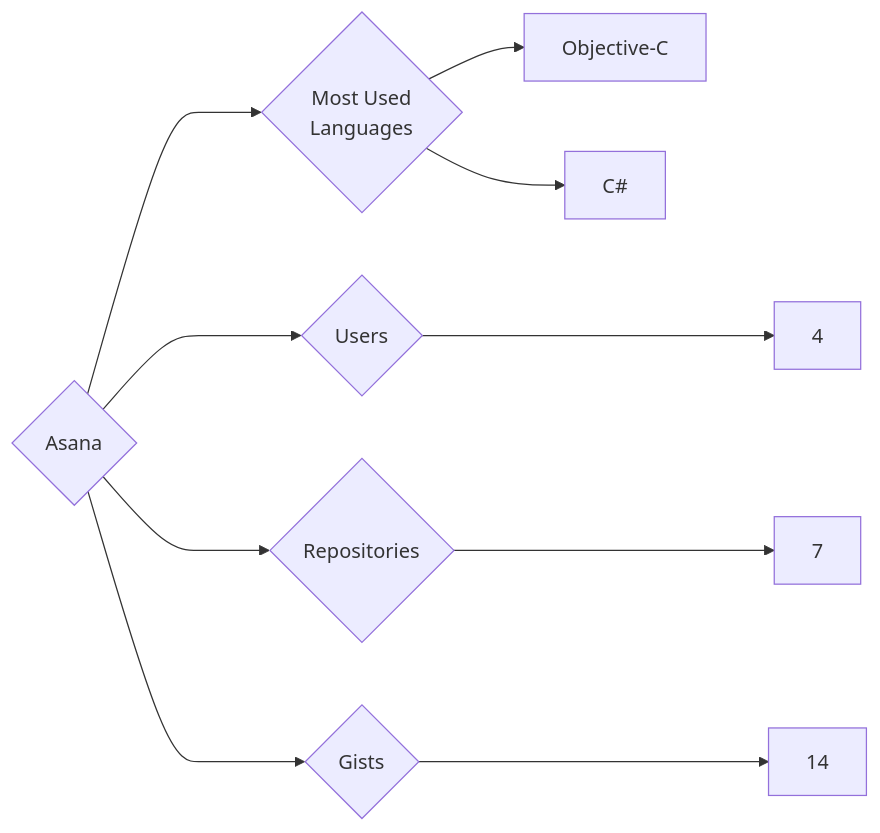
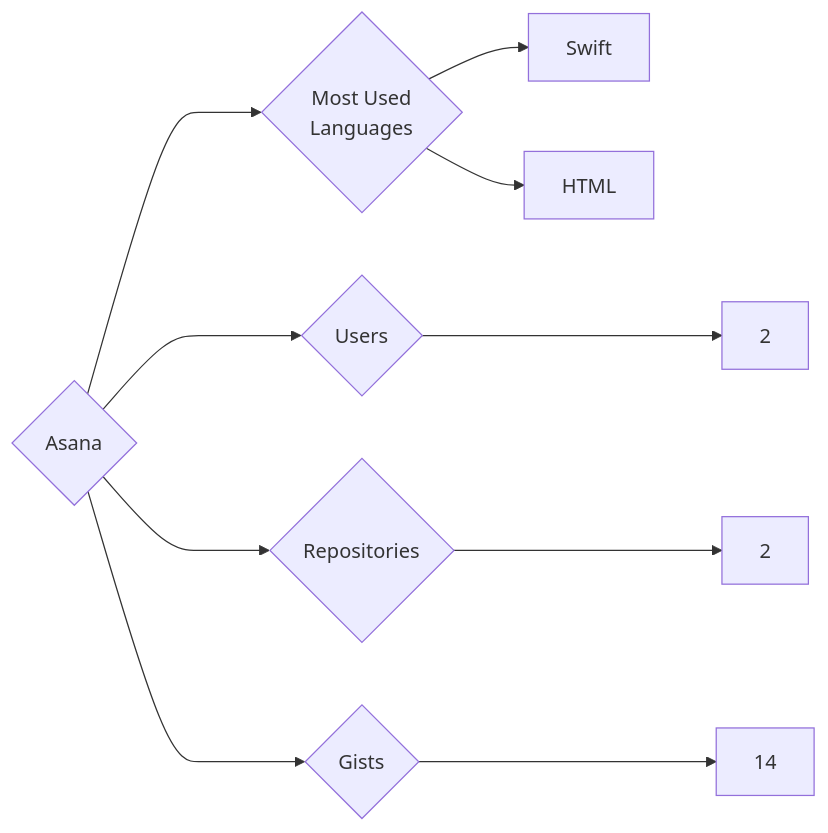
One commit to trickest/insiders changed the diagram in targets/Asana/README.md. Above: the diagram before and after it, drawn with Mermaid. The commit also changed 618 other files, not shown here.

````diff
--- a/targets/Asana/README.md
+++ b/targets/Asana/README.md
@@ -3,10 +3,10 @@
 ```mermaid
 graph LR
 COMPANY_NAME{Asana}
-COMPANY_NAME ---> U{Users} ---> UN[4]
-COMPANY_NAME ---> R{Repositories} ---> RN[7]
+COMPANY_NAME ---> U{Users} ---> UN[2]
+COMPANY_NAME ---> R{Repositories} ---> RN[2]
 COMPANY_NAME ---> G{Gists} ---> GN[14]
 COMPANY_NAME ---> ML{Most Used<br>Languages}
-ML --> Objective-C[Objective-C]
-ML --> C#[C#]
+ML --> Swift[Swift]
+ML --> HTML[HTML]
 ```
````
